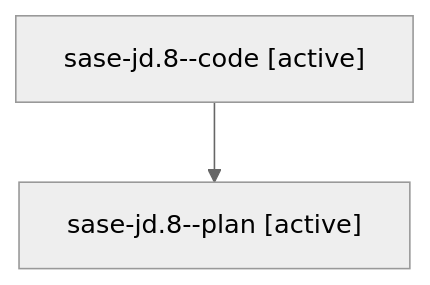
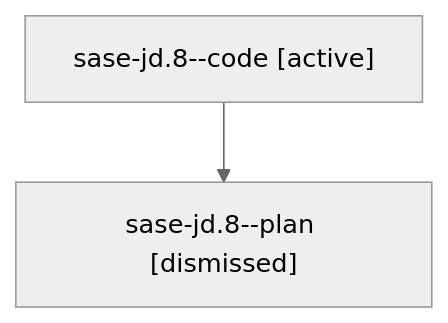
The diagram in families/bbugyi200.athena.sase-jd.8.md (sase-org/sase--agents), drawn with Mermaid (neutral theme) before and after one commit. The commit also changed other lines of this file and 131 other files, not shown here.

````diff
--- a/families/bbugyi200.athena.sase-jd.8.md
+++ b/families/bbugyi200.athena.sase-jd.8.md
@@ -9,6 +9,6 @@
 ```mermaid
 flowchart TD
   n0["sase-jd.8--code [active]"]
-  n1["sase-jd.8--plan [active]"]
+  n1["sase-jd.8--plan [dismissed]"]
   n0 --> n1
 ```
````
